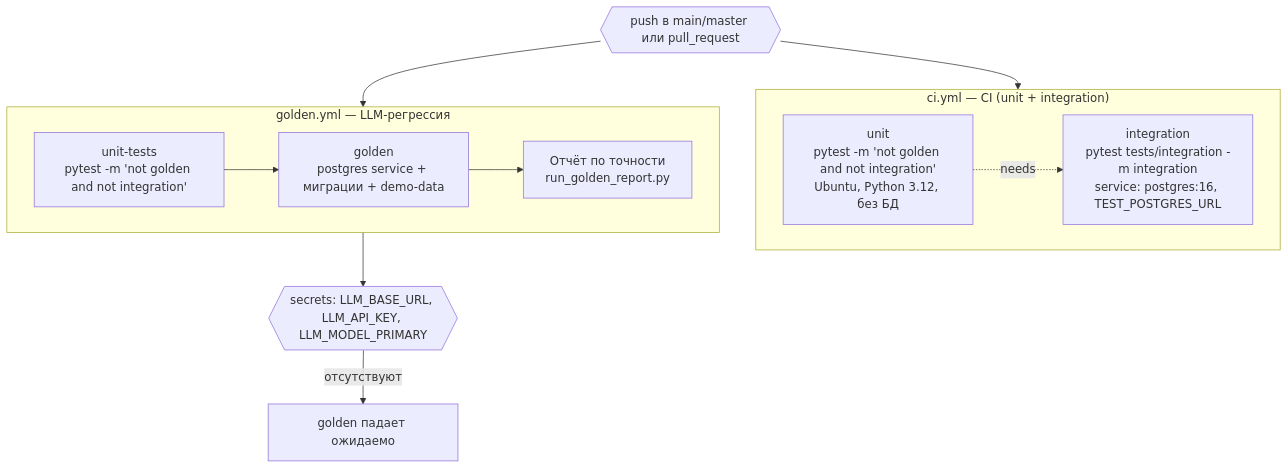
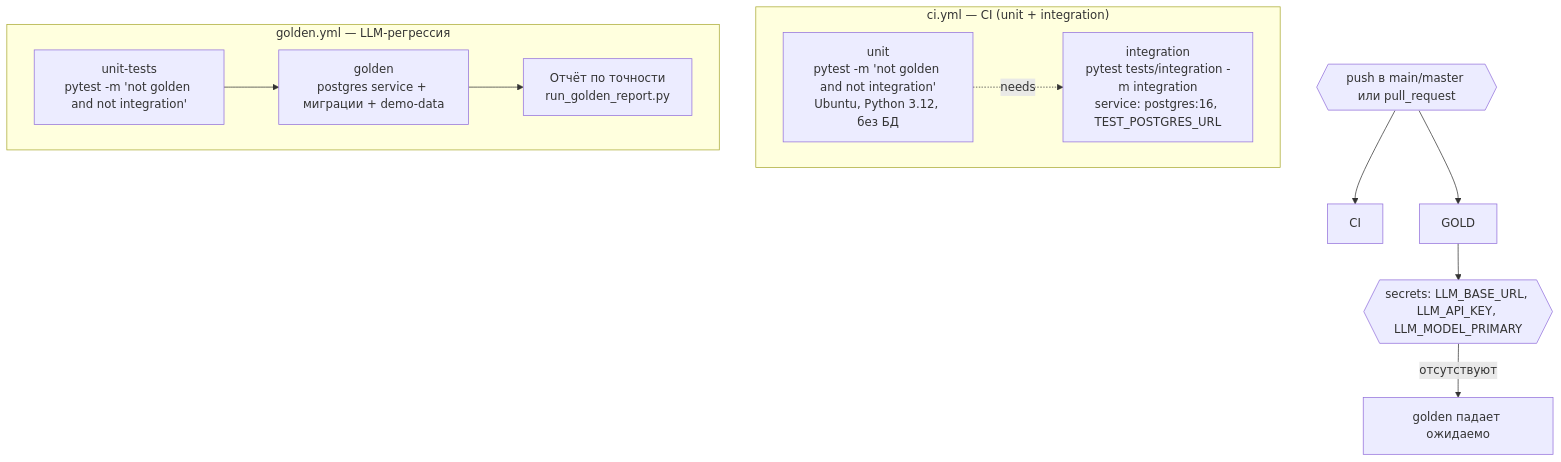
One commit to kostIT13/EVRAZ_ExcelAgent changed the diagram in diagrams/ci_cd.mmd. Above: the diagram before and after it, drawn with Mermaid. The commit also changed 11 other files, not shown here.

Commit message:
fix diagrams

```diff
--- a/diagrams/ci_cd.mmd
+++ b/diagrams/ci_cd.mmd
@@ -1,23 +1,23 @@
 flowchart TD
     TRIGGER{{"push в main/master или pull_request"}} --> CI
 
-    subgraph CI ["ci.yml — CI (unit + integration)"]
-        U[unit<br/>pytest -m 'not golden and not integration'<br/>Ubuntu, Python 3.12, без БД]
-        I[integration<br/>pytest tests/integration -m integration<br/>service: postgres:16, TEST_POSTGRES_URL]
+    subgraph CIJOB ["ci.yml — CI (unit + integration)"]
+        U["unit<br/>pytest -m 'not golden and not integration'<br/>Ubuntu, Python 3.12, без БД"]
+        I["integration<br/>pytest tests/integration -m integration<br/>service: postgres:16, TEST_POSTGRES_URL"]
     end
 
     TRIGGER --> GOLD
 
     U -. "needs" .-> I
 
-    subgraph GOLD ["golden.yml — LLM-регрессия"]
-        U2[unit-tests<br/>pytest -m 'not golden and not integration']
-        G[golden<br/>postgres service + миграции + demo-data]
-        G2[Отчёт по точности<br/>run_golden_report.py]
+    subgraph GOLDJOB ["golden.yml — LLM-регрессия"]
+        U2["unit-tests<br/>pytest -m 'not golden and not integration'"]
+        G["golden<br/>postgres service + миграции + demo-data"]
+        G2["Отчёт по точности<br/>run_golden_report.py"]
     end
 
-    GOLD --> SEC{{secrets: LLM_BASE_URL, LLM_API_KEY, LLM_MODEL_PRIMARY}}
-    SEC -- отсутствуют --> GFALL[golden падает ожидаемо]
+    GOLD --> SEC{{"secrets: LLM_BASE_URL, LLM_API_KEY, LLM_MODEL_PRIMARY"}}
+    SEC -- "отсутствуют" --> GFALL["golden падает ожидаемо"]
 
     U2 --> G
     G --> G2
```
